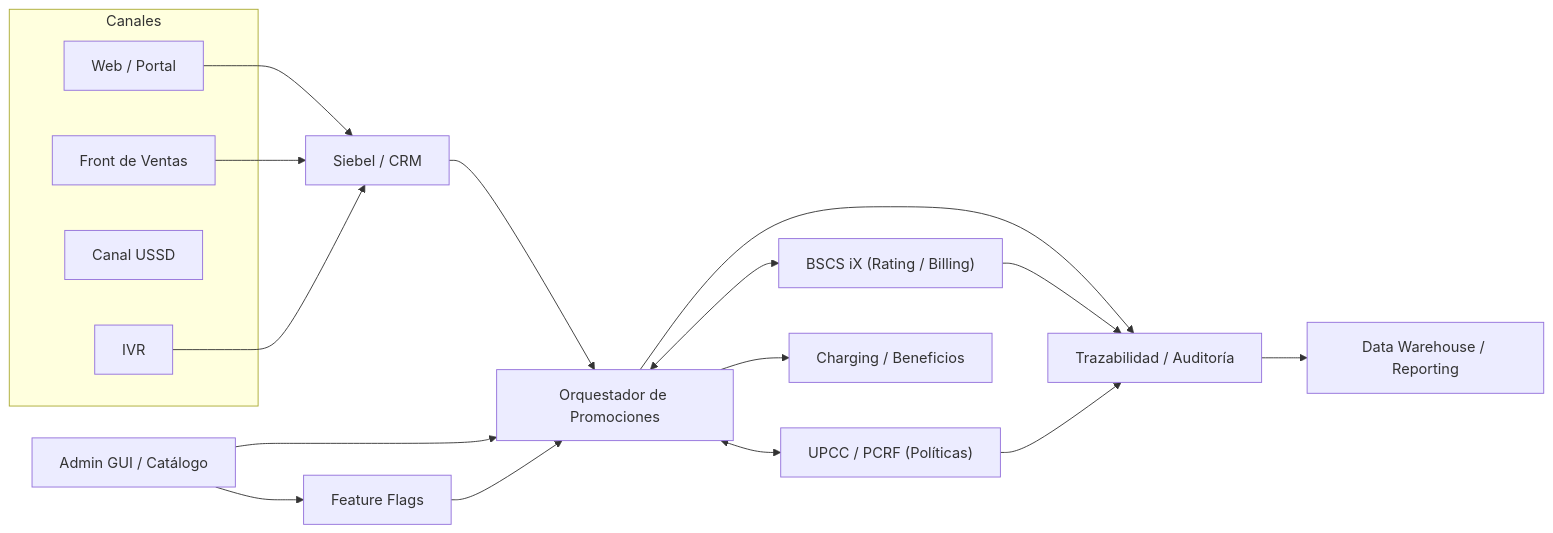
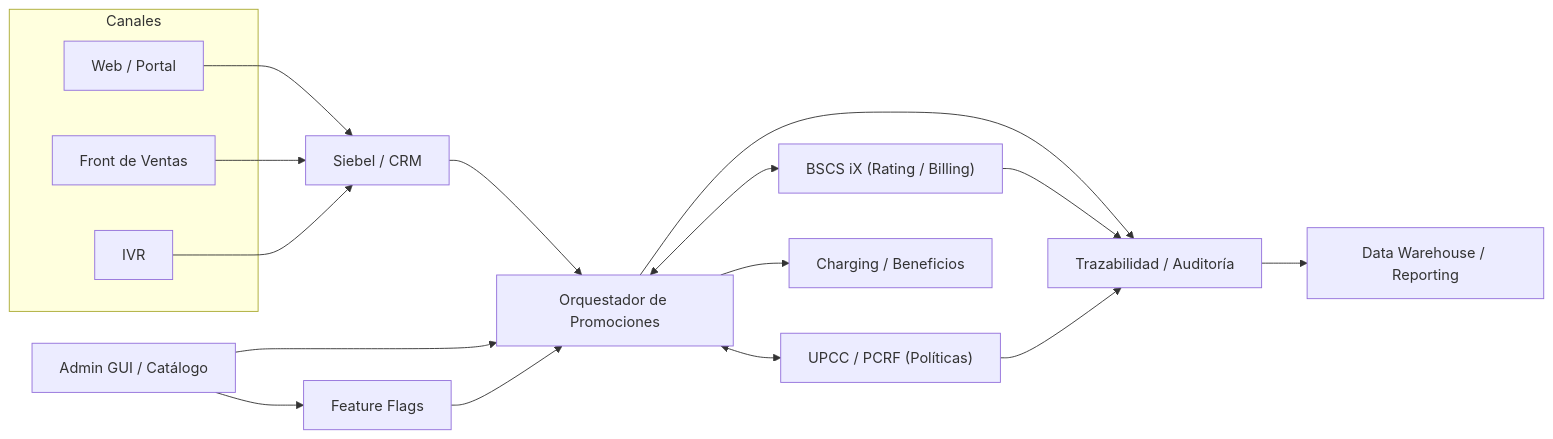
One commit to SalomonOctavio/Modulo-promociones changed the diagram in diagrams/contexto-sistemas.mmd. Above: the diagram before and after it, drawn with Mermaid.

Commit message:
fix(diagrams): elimina referencia restante a USSD en flujo de canales

```diff
--- a/diagrams/contexto-sistemas.mmd
+++ b/diagrams/contexto-sistemas.mmd
@@ -1,45 +1,44 @@
 %% Contexto de sistemas — Módulo de Promociones (TELCO)
 
 graph LR
 
   %% Canales
   subgraph "Canales"
     WEB["Web / Portal"]
     FRONT["Front de Ventas"]
-    USSD["Canal USSD"]
     IVR["IVR"]
   end
 
   %% Core
   CRM["Siebel / CRM"]
   BSCS["BSCS iX (Rating / Billing)"]
   PCRF["UPCC / PCRF (Políticas)"]
   ORQ["Orquestador de Promociones"]
   CHG["Charging / Beneficios"]
   LOG["Trazabilidad / Auditoría"]
   MSTR["Data Warehouse / Reporting"]
 
   %% Admin (futuro)
   GUI["Admin GUI / Catálogo"]
   FLAGS["Feature Flags"]
 
   %% Flujos principales
   WEB --> CRM
   FRONT --> CRM
   IVR --> CRM
 
   CRM --> ORQ
   ORQ <--> BSCS
   ORQ <--> PCRF
   ORQ --> CHG
 
   %% Trazabilidad y KPIs
   ORQ --> LOG
   BSCS --> LOG
   PCRF --> LOG
   LOG --> MSTR
 
   %% Gestión
   GUI --> ORQ
   GUI --> FLAGS
   FLAGS --> ORQ
```
